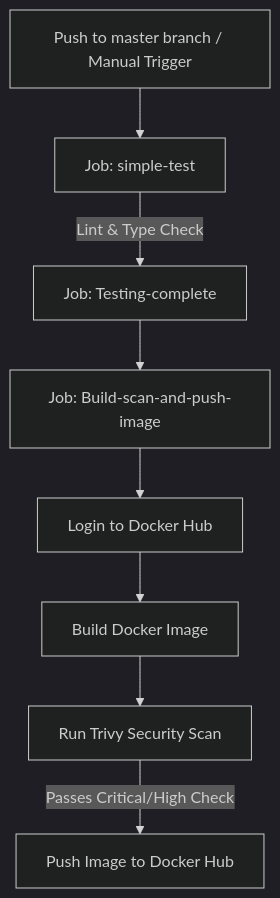
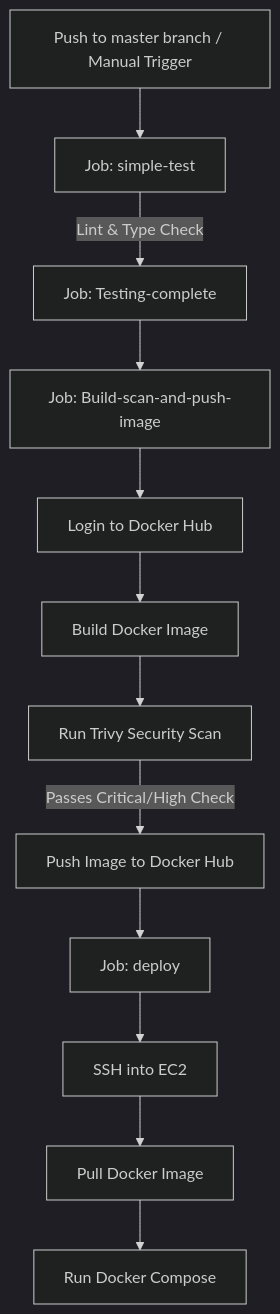
The diagram in .github/DEPLOYMENT.md (bh-gaur/end-to-end-ec2-deploy), drawn with Mermaid (dark theme) before and after one commit.

Commit message:
Add deployment part and docker-compose.yml

````diff
--- a/.github/DEPLOYMENT.md
+++ b/.github/DEPLOYMENT.md
@@ -25,10 +25,14 @@
 ```mermaid
 graph TD
     A[Push to master branch / Manual Trigger] --> B[Job: simple-test]
     B -->|Lint & Type Check| C[Job: Testing-complete]
     C --> D[Job: Build-scan-and-push-image]
     D --> E[Login to Docker Hub]
     E --> F[Build Docker Image]
     F --> G[Run Trivy Security Scan]
     G -->|Passes Critical/High Check| H[Push Image to Docker Hub]
+    H --> I[Job: deploy]
+    I --> J[SSH into EC2]
+    J --> K[Pull Docker Image]
+    K --> L[Run Docker Compose]
 ```
````
